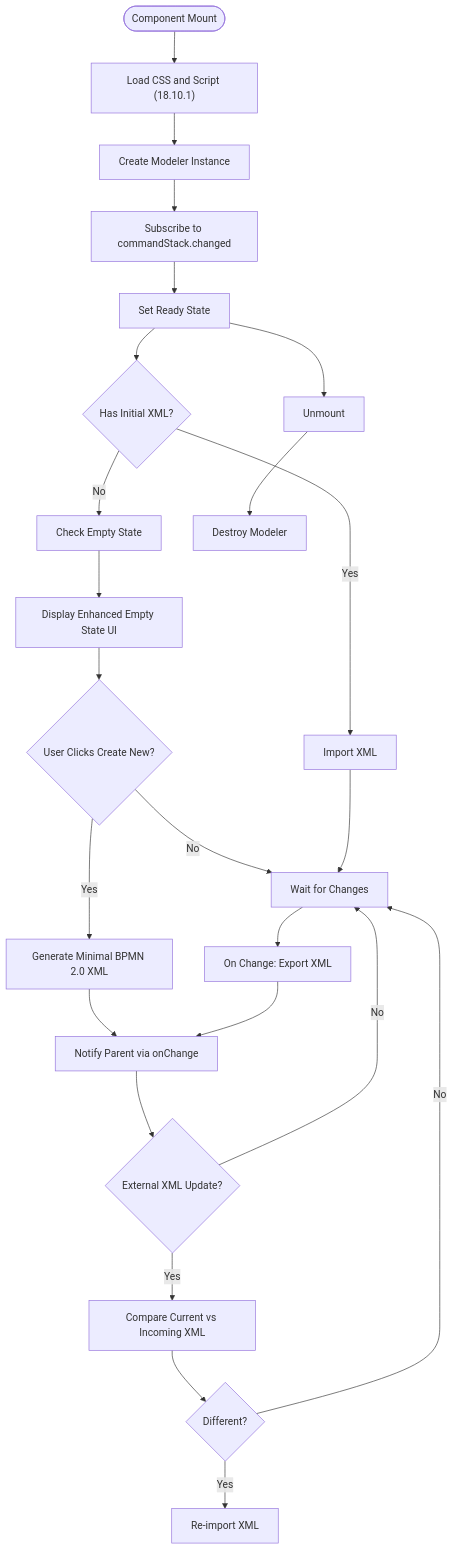
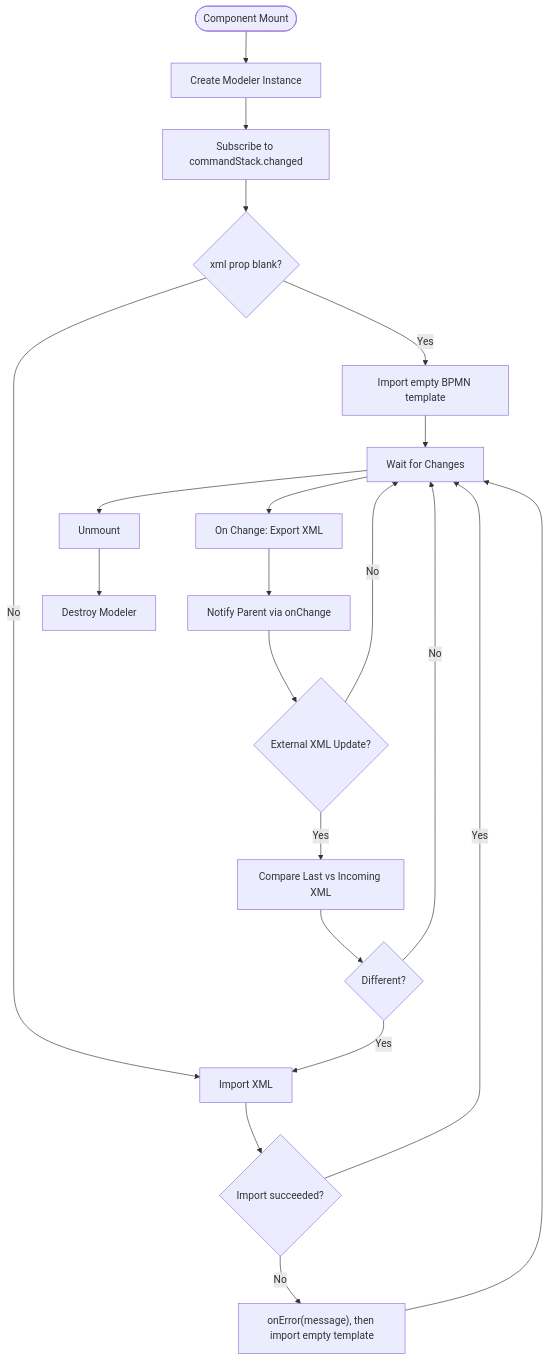
One commit to ongchonghian/universal-diagram-editor changed the fourth of 5 diagrams in .qoder/repowiki/en/content/Editor Architecture/Visual Editors/BPMN Visual Editor.md. Above: the diagram before and after it, drawn with Mermaid. The commit also changed other lines of this file and 31 other files, not shown here.

````diff
--- a/.qoder/repowiki/en/content/Editor Architecture/Visual Editors/BPMN Visual Editor.md
+++ b/.qoder/repowiki/en/content/Editor Architecture/Visual Editors/BPMN Visual Editor.md
@@ -295,26 +249,23 @@
 ```mermaid
 flowchart TD
-Start(["Component Mount"]) --> LoadResources["Load CSS and Script (18.10.1)"]
-LoadResources --> CreateModeler["Create Modeler Instance"]
+Start(["Component Mount"]) --> CreateModeler["Create Modeler Instance"]
 CreateModeler --> Subscribe["Subscribe to commandStack.changed"]
-Subscribe --> Ready["Set Ready State"]
-Ready --> ImportXML{"Has Initial XML?"}
-ImportXML --> |Yes| DoImport["Import XML"]
-ImportXML --> |No| CheckEmptyState["Check Empty State"]
-CheckEmptyState --> ShowEmptyState["Display Enhanced Empty State UI"]
-ShowEmptyState --> CreateNew{"User Clicks Create New?"}
-CreateNew --> |Yes| GenerateDefault["Generate Minimal BPMN 2.0 XML"]
-GenerateDefault --> NotifyParent["Notify Parent via onChange"]
-CreateNew --> |No| WaitChanges["Wait for Changes"]
-DoImport --> WaitChanges
+Subscribe --> ImportXML{"xml prop blank?"}
+ImportXML --> |Yes| ImportEmpty["Import empty BPMN template"]
+ImportXML --> |No| DoImport["Import XML"]
+DoImport --> ImportOk{"Import succeeded?"}
+ImportOk --> |No| ReportError["onError(message), then import empty template"]
+ImportOk --> |Yes| WaitChanges["Wait for Changes"]
+ImportEmpty --> WaitChanges
+ReportError --> WaitChanges
 WaitChanges --> ExportOnChange["On Change: Export XML"]
 ExportOnChange --> NotifyParent["Notify Parent via onChange"]
 NotifyParent --> ExternalUpdate{"External XML Update?"}
-ExternalUpdate --> |Yes| CompareXML["Compare Current vs Incoming XML"]
+ExternalUpdate --> |Yes| CompareXML["Compare Last vs Incoming XML"]
 CompareXML --> NeedsImport{"Different?"}
-NeedsImport --> |Yes| Reimport["Re-import XML"]
+NeedsImport --> |Yes| DoImport
 NeedsImport --> |No| WaitChanges
 ExternalUpdate --> |No| WaitChanges
-Ready --> Unmount["Unmount"]
+WaitChanges --> Unmount["Unmount"]
 Unmount --> Cleanup["Destroy Modeler"]
 ```
````
